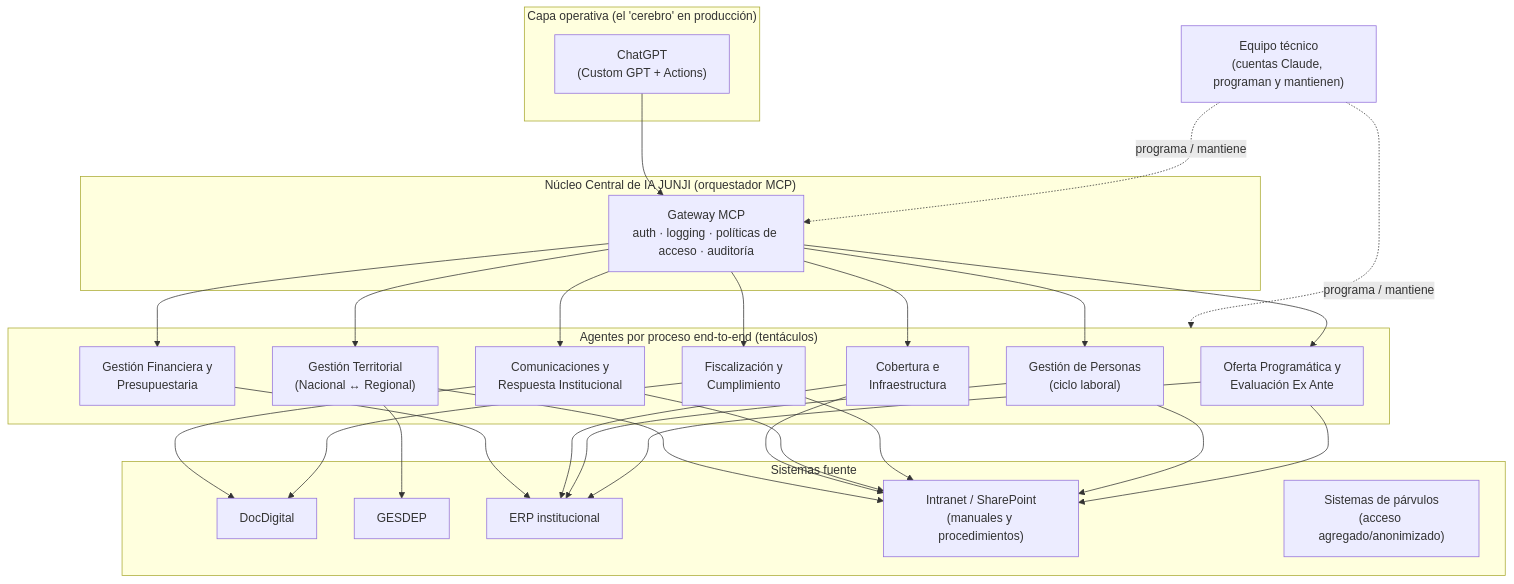
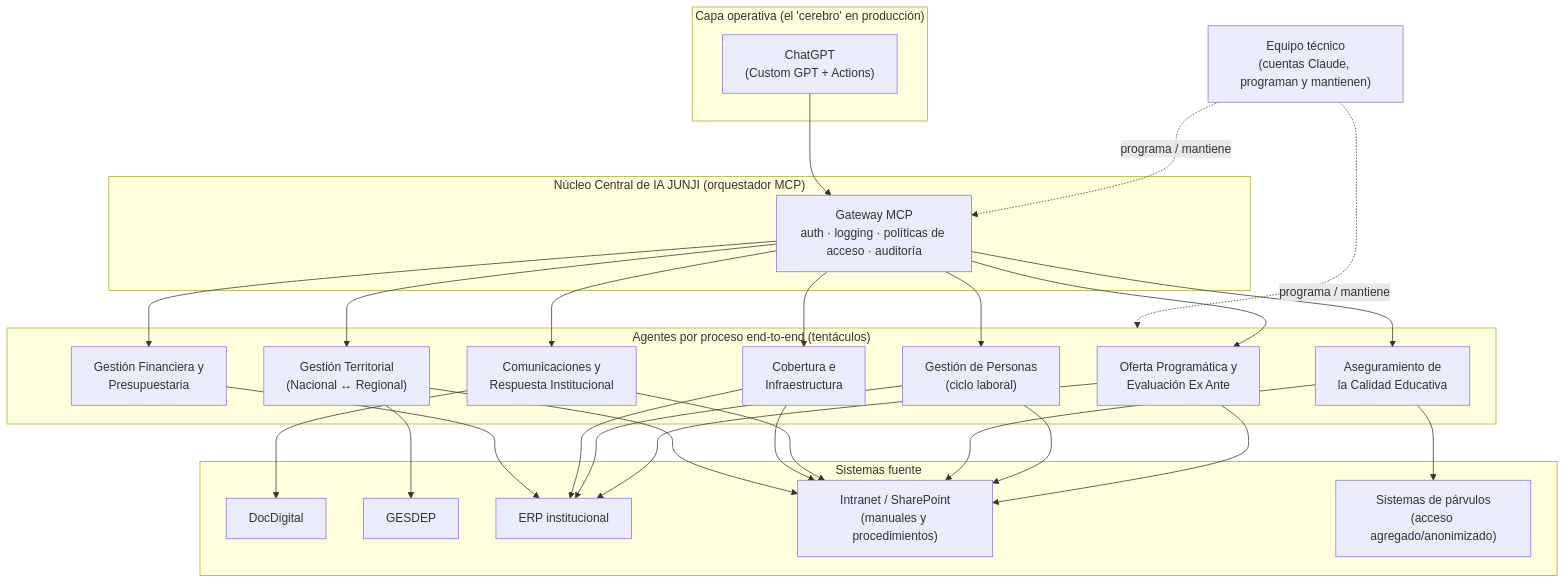
One commit to fzafe/docdigital-mcp-proxy changed the diagram in docs/estrategia-ia-junji-2026.md. Above: the diagram before and after it, drawn with Mermaid. The commit also changed other lines of this file and 1 other file, not shown here.

````diff
--- a/docs/estrategia-ia-junji-2026.md
+++ b/docs/estrategia-ia-junji-2026.md
@@ -74,42 +74,42 @@
 ```mermaid
 flowchart TB
     DEV["Equipo técnico<br/>(cuentas Claude, programan y mantienen)"]
 
     subgraph Cerebro["Capa operativa (el 'cerebro' en producción)"]
         GPT["ChatGPT<br/>(Custom GPT + Actions)"]
     end
 
     subgraph Nucleo["Núcleo Central de IA JUNJI (orquestador MCP)"]
         GW["Gateway MCP<br/>auth · logging · políticas de acceso · auditoría"]
     end
 
     subgraph Tentaculos["Agentes por proceso end-to-end (tentáculos)"]
         A1["Oferta Programática y<br/>Evaluación Ex Ante"]
         A2["Gestión de Personas<br/>(ciclo laboral)"]
-        A3["Fiscalización y<br/>Cumplimiento"]
+        A3["Aseguramiento de<br/>la Calidad Educativa"]
         A4["Comunicaciones y<br/>Respuesta Institucional"]
         A5["Cobertura e<br/>Infraestructura"]
         A6["Gestión Financiera y<br/>Presupuestaria"]
         A7["Gestión Territorial<br/>(Nacional ↔ Regional)"]
     end
 
     subgraph Sistemas["Sistemas fuente"]
         S1["DocDigital"]
         S2["GESDEP"]
         S3["ERP institucional"]
         S4["Intranet / SharePoint<br/>(manuales y procedimientos)"]
         S5["Sistemas de párvulos<br/>(acceso agregado/anonimizado)"]
     end
 
     DEV -. "programa / mantiene" .-> GW
     DEV -. "programa / mantiene" .-> Tentaculos
     GPT --> GW
     GW --> A1 & A2 & A3 & A4 & A5 & A6 & A7
     A1 --> S3 & S4
     A2 --> S3 & S4
-    A3 --> S1 & S4
+    A3 --> S4 & S5
     A4 --> S1 & S4
     A5 --> S3 & S4
     A6 --> S3
     A7 --> S2 & S4
 ```
````
